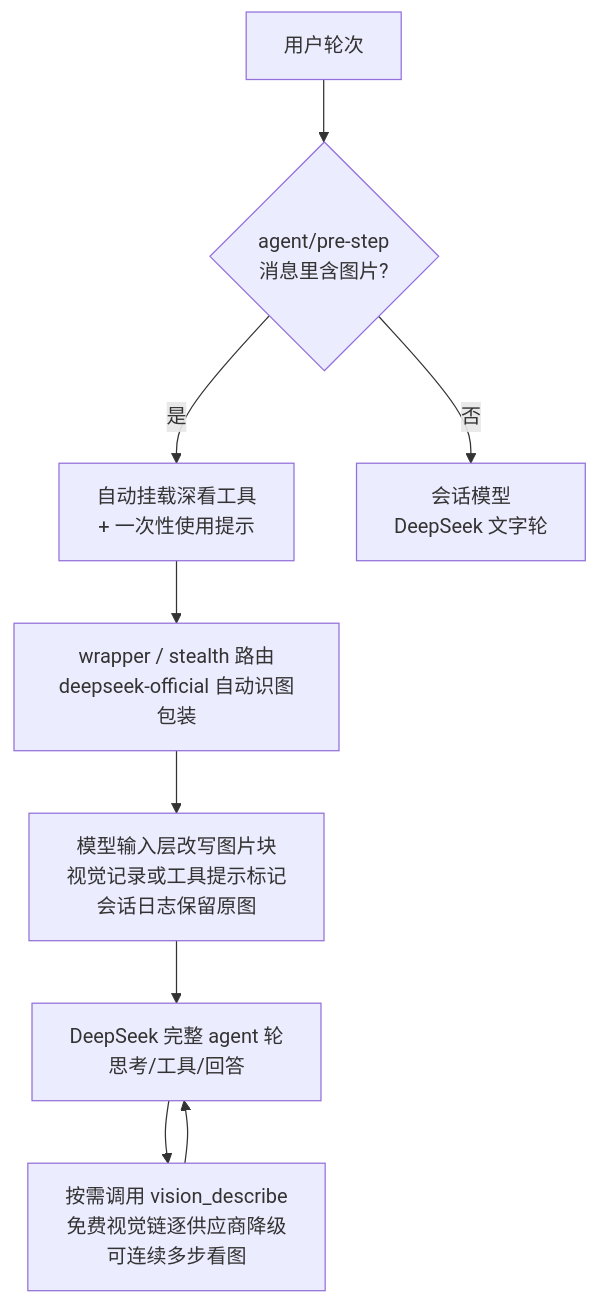
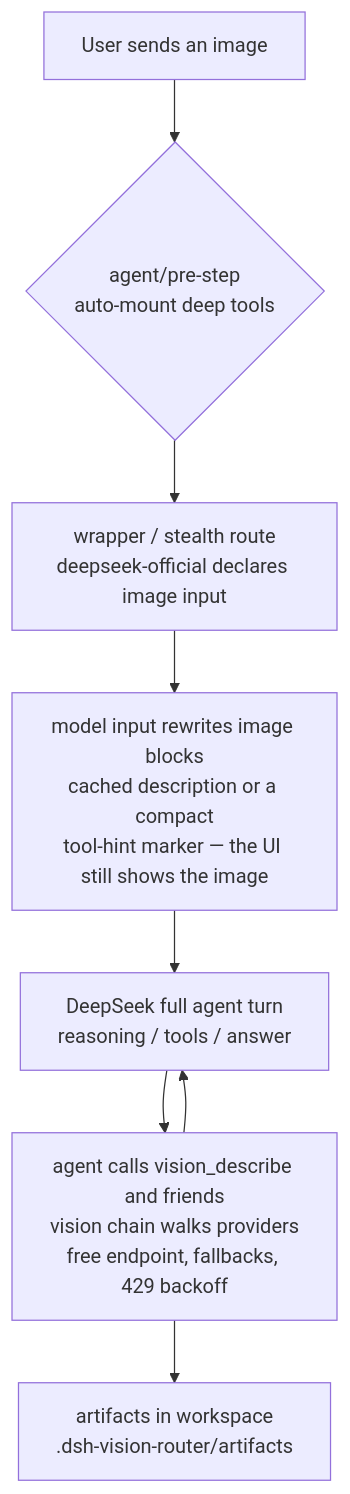
Before and after one commit to ysr666/dsh-vision-router: the diagram in README.md, drawn with Mermaid. The commit also changed other lines of this file and 4 other files, not shown here.

````diff
--- a/README.md
+++ b/README.md
@@ -150,11 +61,10 @@
 ```mermaid
 flowchart TD
-    U[用户轮次] --> PS{agent/pre-step<br/>消息里含图片?}
-    PS -- 是 --> AUTO[自动挂载深看工具<br/>+ 一次性使用提示]
-    PS -- 否 --> TEXT[会话模型<br/>DeepSeek 文字轮]
-    AUTO --> WRAP[wrapper / stealth 路由<br/>deepseek-official 自动识图包装]
-    WRAP --> MARK[模型输入层改写图片块<br/>视觉记录或工具提示标记<br/>会话日志保留原图]
-    MARK --> DS[DeepSeek 完整 agent 轮<br/>思考/工具/回答]
-    DS --> TOOL[按需调用 vision_describe<br/>免费视觉链逐供应商降级<br/>可连续多步看图]
+    U[User sends an image] --> PS{agent/pre-step<br/>auto-mount deep tools}
+    PS --> WRAP[wrapper / stealth route<br/>deepseek-official declares image input]
+    WRAP --> MARK[model input rewrites image blocks<br/>cached description or a compact<br/>tool-hint marker — the UI still shows the image]
+    MARK --> DS[DeepSeek full agent turn<br/>reasoning / tools / answer]
+    DS --> TOOL[agent calls vision_describe and friends<br/>vision chain walks providers<br/>free endpoint, fallbacks, 429 backoff]
+    TOOL --> ART[artifacts in workspace<br/>.dsh-vision-router/artifacts]
     TOOL --> DS
 ```
````
